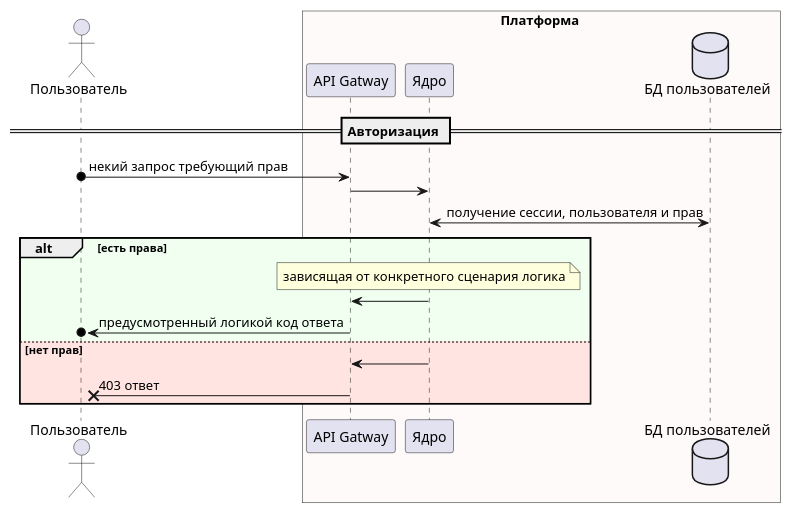
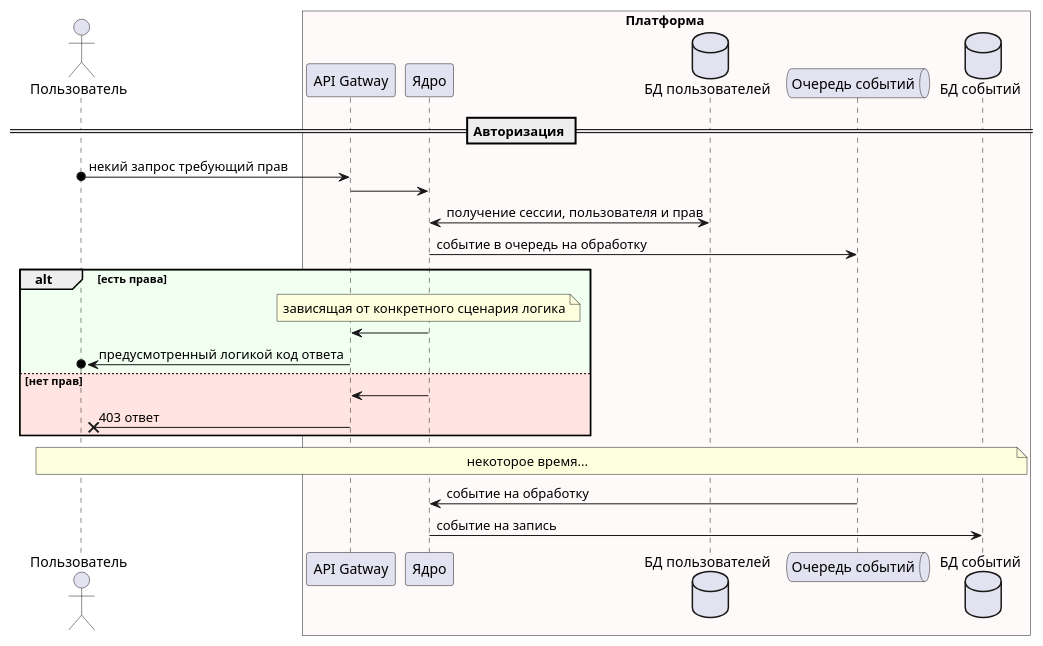
Before and after one commit to butakovmv/d20e_arch: the diagram in chart/sequence/common_authorization.puml, drawn with PlantUML. The commit also changed 44 other files, not shown here.

Commit message:
Диаграммы последовательности

```diff
--- a/chart/sequence/common_authorization.puml
+++ b/chart/sequence/common_authorization.puml
@@ -1,21 +1,28 @@
 @startuml
 actor "Пользователь" as user
 box Платформа #Snow
 participant "API Gatway" as gateway
 participant "Ядро" as core
 database "БД пользователей" as userDB
+queue "Очередь событий" as eventQueue
+database "БД событий" as eventDB
 end box
 
 == Авторизация ==
 user o-> gateway: некий запрос требующий прав
 gateway -> core
 core <-> userDB: получение сессии, пользователя и прав
+core -> eventQueue: событие в очередь на обработку
 alt #Honeydew есть права
     note over core: зависящая от конкретного сценария логика
     core -> gateway
     gateway ->o user: предусмотренный логикой код ответа
 else #MistyRose нет прав
     core -> gateway
     gateway ->x user: 403 ответ
 end
+note across: некоторое время...
+eventQueue -> core: событие на обработку
+core -> eventDB: событие на запись
+
 @enduml
```
